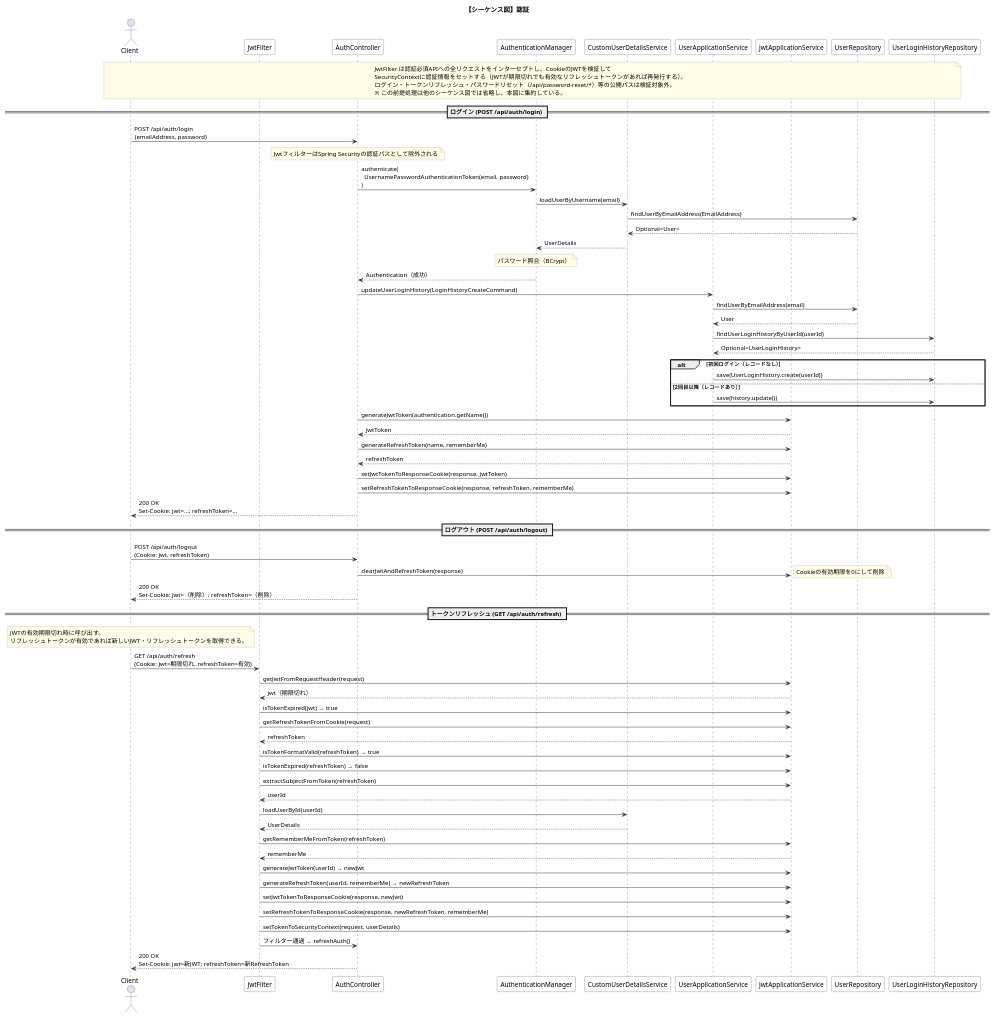
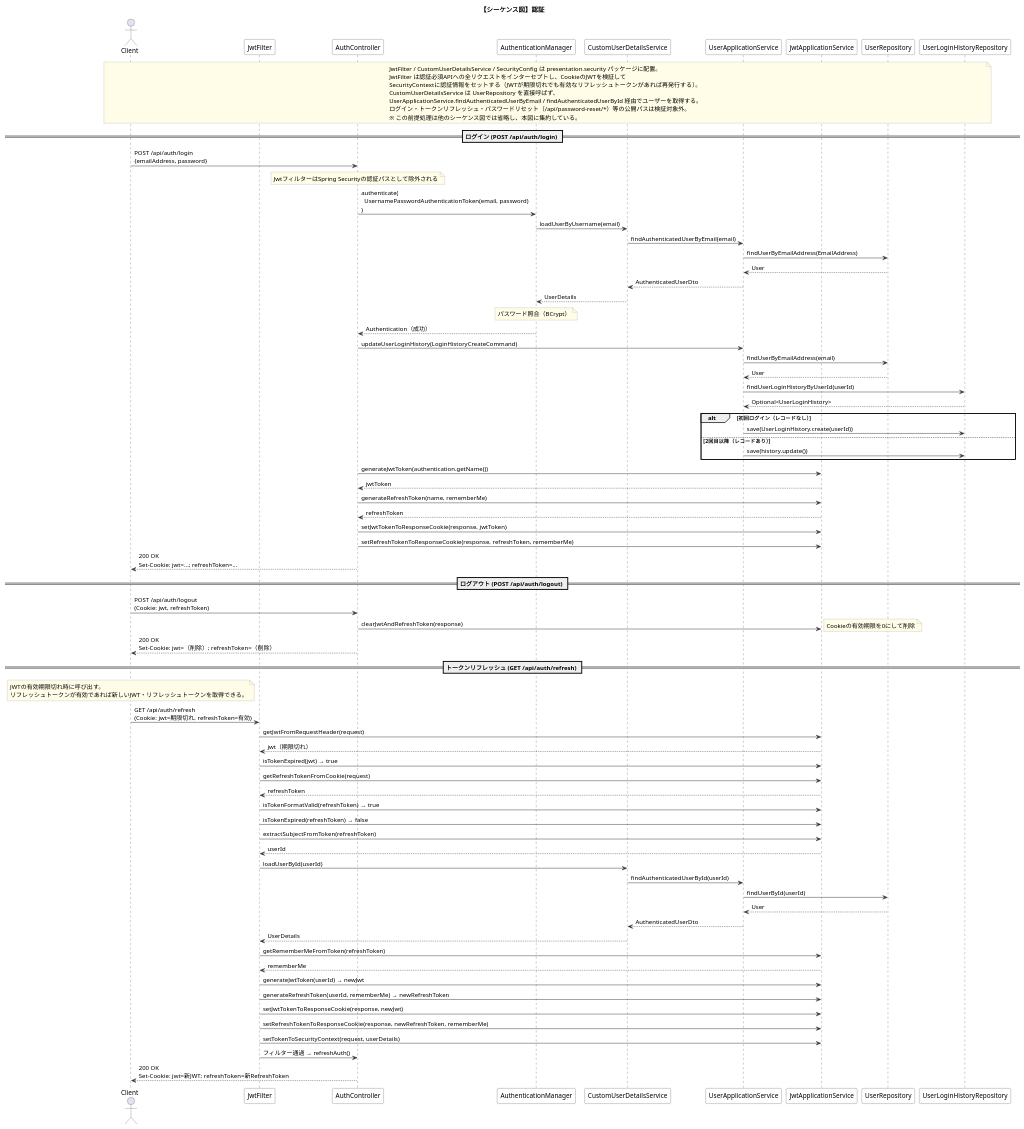
The diagram in docs/sequence-auth.puml (stra24/elms-backend), drawn with PlantUML before and after one commit. The commit also changed 15 other files, not shown here.

```diff
--- a/docs/sequence-auth.puml
+++ b/docs/sequence-auth.puml
@@ -1,125 +1,134 @@
 @startuml sequence-auth
 title 【シーケンス図】認証
 
 skinparam sequence {
   ArrowColor #333333
   ActorBorderColor #333333
   LifeLineBorderColor #333333
   ParticipantBorderColor #333333
   ParticipantBackgroundColor White
 }
 skinparam noteBackgroundColor #FFFDE7
 skinparam noteBorderColor #999999
 
 actor Client
 participant "JwtFilter" as JwtFilter
 participant "AuthController" as AuthController
 participant "AuthenticationManager" as AuthManager
 participant "CustomUserDetailsService" as UserDetailsService
 participant "UserApplicationService" as UserAppService
 participant "JwtApplicationService" as JwtService
 participant "UserRepository" as UserRepo
 participant "UserLoginHistoryRepository" as HistoryRepo
 
 note over Client, HistoryRepo
+  JwtFilter / CustomUserDetailsService / SecurityConfig は presentation.security パッケージに配置。
   JwtFilter は認証必須APIへの全リクエストをインターセプトし、CookieのJWTを検証して
   SecurityContextに認証情報をセットする（JWTが期限切れでも有効なリフレッシュトークンがあれば再発行する）。
+  CustomUserDetailsService は UserRepository を直接呼ばず、
+  UserApplicationService.findAuthenticatedUserByEmail / findAuthenticatedUserById 経由でユーザーを取得する。
   ログイン・トークンリフレッシュ・パスワードリセット（/api/password-reset/*）等の公開パスは検証対象外。
   ※ この前提処理は他のシーケンス図では省略し、本図に集約している。
 end note
 
 ' ============================================================
 ' ログイン
 ' ============================================================
 == ログイン (POST /api/auth/login) ==
 
 Client -> AuthController : POST /api/auth/login\n{emailAddress, password}
 
 note over AuthController
   JwtフィルターはSpring Securityの認証パスとして除外される
 end note
 
 AuthController -> AuthManager : authenticate(\n  UsernamePasswordAuthenticationToken(email, password)\n)
 
 AuthManager -> UserDetailsService : loadUserByUsername(email)
-UserDetailsService -> UserRepo : findUserByEmailAddress(EmailAddress)
-UserRepo --> UserDetailsService : Optional<User>
+UserDetailsService -> UserAppService : findAuthenticatedUserByEmail(email)
+UserAppService -> UserRepo : findUserByEmailAddress(EmailAddress)
+UserRepo --> UserAppService : User
+UserAppService --> UserDetailsService : AuthenticatedUserDto
 UserDetailsService --> AuthManager : UserDetails
 
 note over AuthManager
   パスワード照合（BCrypt）
 end note
 
 AuthManager --> AuthController : Authentication（成功）
 
 AuthController -> UserAppService : updateUserLoginHistory(LoginHistoryCreateCommand)
   UserAppService -> UserRepo : findUserByEmailAddress(email)
   UserRepo --> UserAppService : User
   UserAppService -> HistoryRepo : findUserLoginHistoryByUserId(userId)
   HistoryRepo --> UserAppService : Optional<UserLoginHistory>
 
   alt 初回ログイン（レコードなし）
     UserAppService -> HistoryRepo : save(UserLoginHistory.create(userId))
   else 2回目以降（レコードあり）
     UserAppService -> HistoryRepo : save(history.update())
   end
 
 AuthController -> JwtService : generateJwtToken(authentication.getName())
 JwtService --> AuthController : jwtToken
 AuthController -> JwtService : generateRefreshToken(name, rememberMe)
 JwtService --> AuthController : refreshToken
 AuthController -> JwtService : setJwtTokenToResponseCookie(response, jwtToken)
 AuthController -> JwtService : setRefreshTokenToResponseCookie(response, refreshToken, rememberMe)
 
 AuthController --> Client : 200 OK\nSet-Cookie: jwt=...; refreshToken=...
 
 ' ============================================================
 ' ログアウト
 ' ============================================================
 == ログアウト (POST /api/auth/logout) ==
 
 Client -> AuthController : POST /api/auth/logout\n(Cookie: jwt, refreshToken)
 
 AuthController -> JwtService : clearJwtAndRefreshToken(response)
 note right: Cookieの有効期限を0にして削除
 
 AuthController --> Client : 200 OK\nSet-Cookie: jwt=（削除）; refreshToken=（削除）
 
 ' ============================================================
 ' トークンリフレッシュ
 ' ============================================================
 == トークンリフレッシュ (GET /api/auth/refresh) ==
 
 note over Client
   JWTの有効期限切れ時に呼び出す。
   リフレッシュトークンが有効であれば新しいJWT・リフレッシュトークンを取得できる。
 end note
 
 Client -> JwtFilter : GET /api/auth/refresh\n(Cookie: jwt=期限切れ, refreshToken=有効)
 
 JwtFilter -> JwtService : getJwtFromRequestHeader(request)
 JwtService --> JwtFilter : jwt（期限切れ）
 JwtFilter -> JwtService : isTokenExpired(jwt) → true
 
 JwtFilter -> JwtService : getRefreshTokenFromCookie(request)
 JwtService --> JwtFilter : refreshToken
 JwtFilter -> JwtService : isTokenFormatValid(refreshToken) → true
 JwtFilter -> JwtService : isTokenExpired(refreshToken) → false
 
 JwtFilter -> JwtService : extractSubjectFromToken(refreshToken)
 JwtService --> JwtFilter : userId
 JwtFilter -> UserDetailsService : loadUserById(userId)
+UserDetailsService -> UserAppService : findAuthenticatedUserById(userId)
+UserAppService -> UserRepo : findUserById(userId)
+UserRepo --> UserAppService : User
+UserAppService --> UserDetailsService : AuthenticatedUserDto
 UserDetailsService --> JwtFilter : UserDetails
 JwtFilter -> JwtService : getRememberMeFromToken(refreshToken)
 JwtService --> JwtFilter : rememberMe
 
 JwtFilter -> JwtService : generateJwtToken(userId) → newJwt
 JwtFilter -> JwtService : generateRefreshToken(userId, rememberMe) → newRefreshToken
 JwtFilter -> JwtService : setJwtTokenToResponseCookie(response, newJwt)
 JwtFilter -> JwtService : setRefreshTokenToResponseCookie(response, newRefreshToken, rememberMe)
 JwtFilter -> JwtService : setTokenToSecurityContext(request, userDetails)
 
 JwtFilter -> AuthController : フィルター通過 → refreshAuth()
 AuthController --> Client : 200 OK\nSet-Cookie: jwt=新JWT; refreshToken=新RefreshToken
 
 @enduml
```
